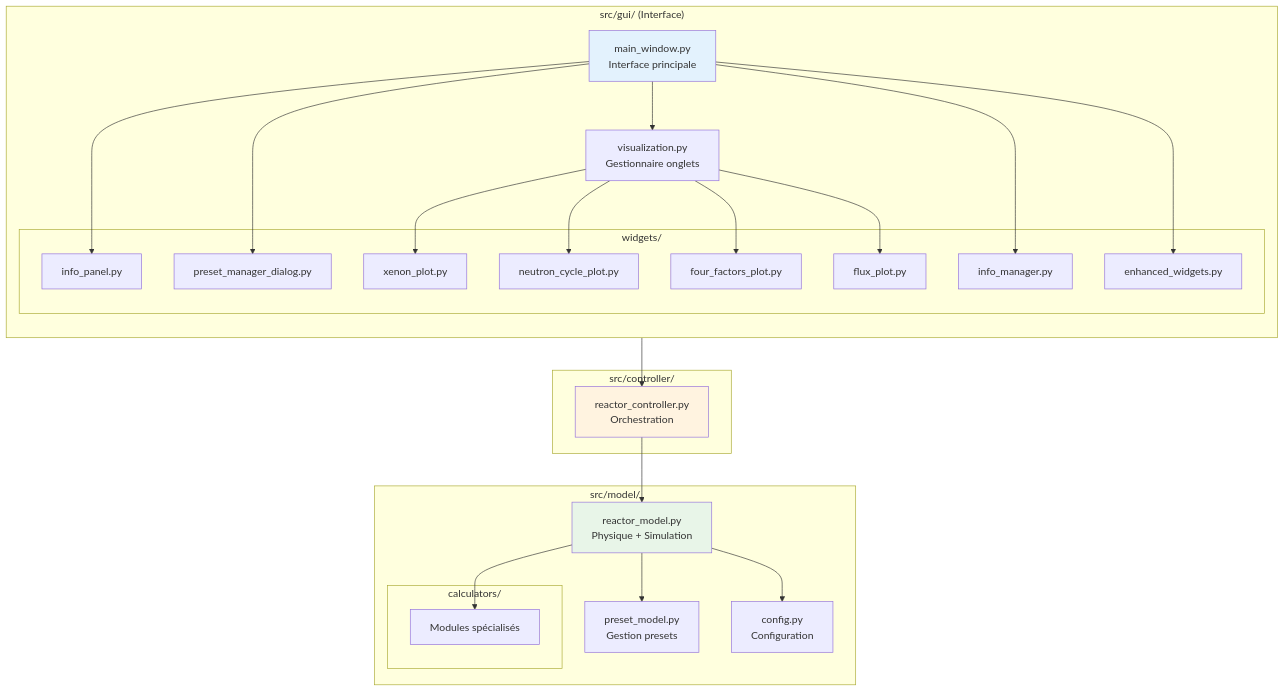
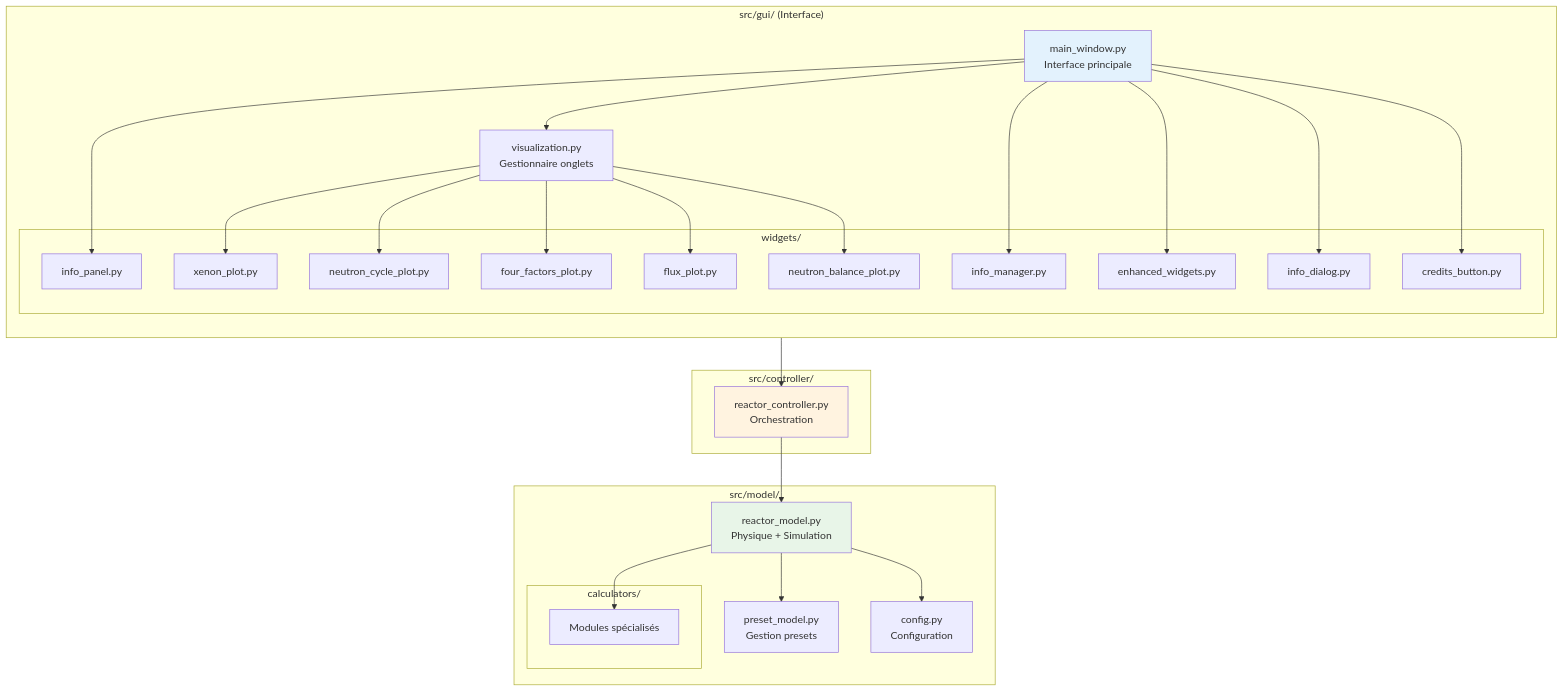
The second of 10 diagrams in .cursor/rules/memory-bank/mermaid.md (gaBBtry/NeutroScope), drawn with Mermaid before and after one commit. The commit also changed other lines of this file and 2 other files, not shown here.

````diff
--- a/.cursor/rules/memory-bank/mermaid.md
+++ b/.cursor/rules/memory-bank/mermaid.md
@@ -39,54 +39,58 @@
 ```mermaid
 graph TB
     subgraph "src/gui/ (Interface)"
         direction TB
         MW[main_window.py<br/>Interface principale]
         VZ[visualization.py<br/>Gestionnaire onglets]
         
         subgraph "widgets/"
             IP[info_panel.py]
             IM[info_manager.py]
             EW[enhanced_widgets.py]
             XP[xenon_plot.py]
             NC[neutron_cycle_plot.py]
             FF[four_factors_plot.py]
             FP[flux_plot.py]
-            PMD[preset_manager_dialog.py]
+            NB[neutron_balance_plot.py]
+            ID[info_dialog.py]
+            CB[credits_button.py]
         end
         
         MW --> VZ
-        MW --> PMD
         VZ --> XP
         VZ --> NC
         VZ --> FF
         VZ --> FP
+        VZ --> NB
         MW --> IP
         MW --> IM
         MW --> EW
+        MW --> ID
+        MW --> CB
     end
     
     subgraph "src/controller/"
         RC[reactor_controller.py<br/>Orchestration]
     end
     
     subgraph "src/model/"
         RM[reactor_model.py<br/>Physique + Simulation]
         PM[preset_model.py<br/>Gestion presets]
         C[config.py<br/>Configuration]
         
         subgraph "calculators/"
             CALC[Modules spécialisés]
         end
         
         RM --> PM
         RM --> C
         RM --> CALC
     end
     
     MW --> RC
     RC --> RM
     
     style MW fill:#e3f2fd
     style RC fill:#fff3e0
     style RM fill:#e8f5e8
 ```
````
